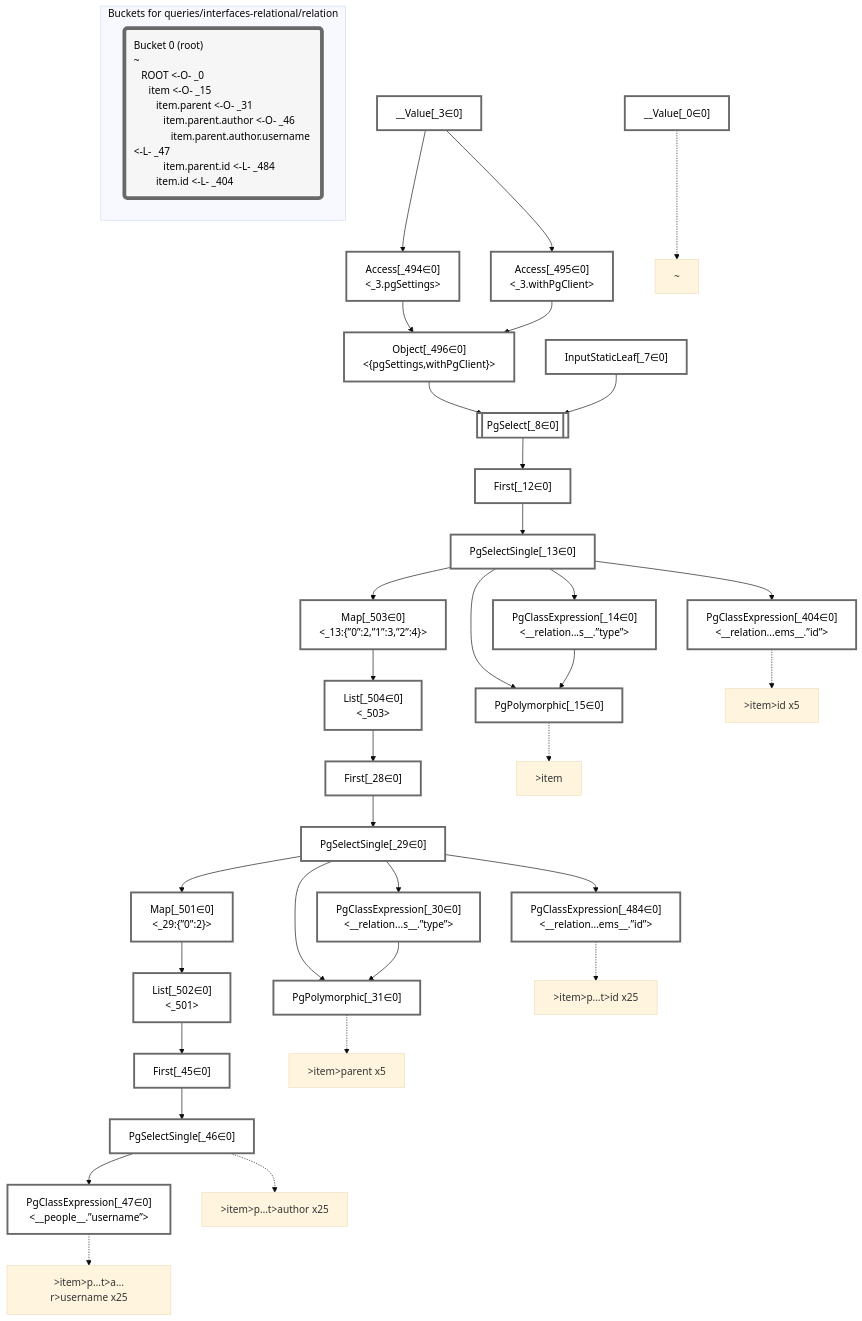
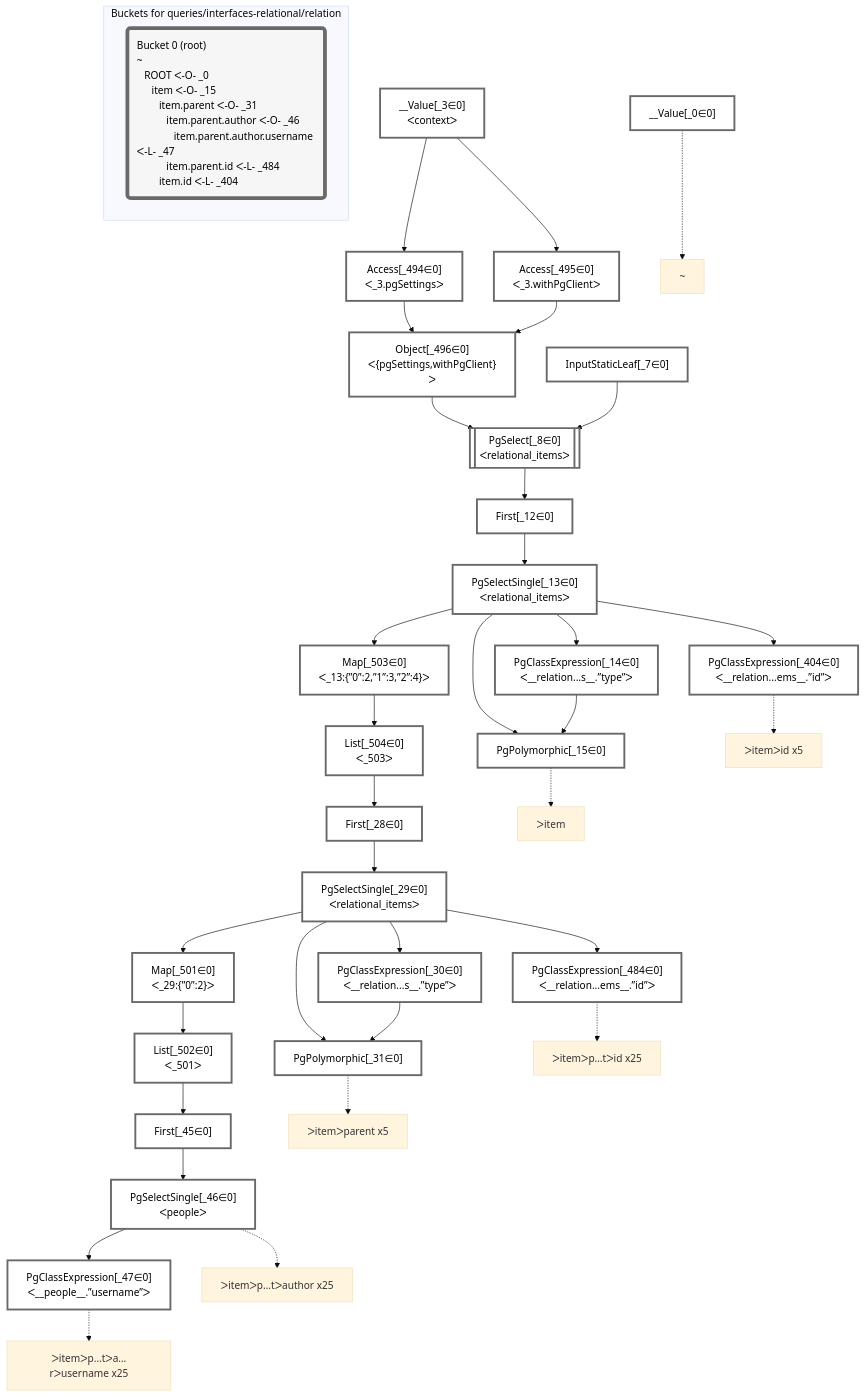
Before and after one commit to graphile/crystal: the diagram in packages/dataplan-pg/__tests__/queries/interfaces-relational/relation.mermaid.md, drawn with Mermaid (base theme). The commit also changed 195 other files, not shown here.

````diff
--- a/packages/dataplan-pg/__tests__/queries/interfaces-relational/relation.mermaid.md
+++ b/packages/dataplan-pg/__tests__/queries/interfaces-relational/relation.mermaid.md
@@ -9,29 +9,29 @@
 
     %% define plans
     __Value_0["__Value[_0∈0]"]:::plan
-    __Value_3["__Value[_3∈0]<br /><context>"]:::plan
+    __Value_3["__Value[_3∈0]<br />ᐸcontextᐳ"]:::plan
     InputStaticLeaf_7["InputStaticLeaf[_7∈0]"]:::plan
-    PgSelect_8[["PgSelect[_8∈0]<br /><relational_items>"]]:::plan
+    PgSelect_8[["PgSelect[_8∈0]<br />ᐸrelational_itemsᐳ"]]:::plan
     First_12["First[_12∈0]"]:::plan
-    PgSelectSingle_13["PgSelectSingle[_13∈0]<br /><relational_items>"]:::plan
-    PgClassExpression_14["PgClassExpression[_14∈0]<br /><__relation...s__.”type”>"]:::plan
+    PgSelectSingle_13["PgSelectSingle[_13∈0]<br />ᐸrelational_itemsᐳ"]:::plan
+    PgClassExpression_14["PgClassExpression[_14∈0]<br />ᐸ__relation...s__.”type”ᐳ"]:::plan
     PgPolymorphic_15["PgPolymorphic[_15∈0]"]:::plan
     First_28["First[_28∈0]"]:::plan
-    PgSelectSingle_29["PgSelectSingle[_29∈0]<br /><relational_items>"]:::plan
-    PgClassExpression_30["PgClassExpression[_30∈0]<br /><__relation...s__.”type”>"]:::plan
+    PgSelectSingle_29["PgSelectSingle[_29∈0]<br />ᐸrelational_itemsᐳ"]:::plan
+    PgClassExpression_30["PgClassExpression[_30∈0]<br />ᐸ__relation...s__.”type”ᐳ"]:::plan
     PgPolymorphic_31["PgPolymorphic[_31∈0]"]:::plan
     First_45["First[_45∈0]"]:::plan
-    PgSelectSingle_46["PgSelectSingle[_46∈0]<br /><people>"]:::plan
-    PgClassExpression_47["PgClassExpression[_47∈0]<br /><__people__.”username”>"]:::plan
-    PgClassExpression_404["PgClassExpression[_404∈0]<br /><__relation...ems__.”id”>"]:::plan
-    PgClassExpression_484["PgClassExpression[_484∈0]<br /><__relation...ems__.”id”>"]:::plan
-    Access_494["Access[_494∈0]<br /><_3.pgSettings>"]:::plan
-    Access_495["Access[_495∈0]<br /><_3.withPgClient>"]:::plan
-    Object_496["Object[_496∈0]<br /><{pgSettings,withPgClient}>"]:::plan
-    Map_501["Map[_501∈0]<br /><_29:{”0”:2}>"]:::plan
-    List_502["List[_502∈0]<br /><_501>"]:::plan
-    Map_503["Map[_503∈0]<br /><_13:{”0”:2,”1”:3,”2”:4}>"]:::plan
-    List_504["List[_504∈0]<br /><_503>"]:::plan
+    PgSelectSingle_46["PgSelectSingle[_46∈0]<br />ᐸpeopleᐳ"]:::plan
+    PgClassExpression_47["PgClassExpression[_47∈0]<br />ᐸ__people__.”username”ᐳ"]:::plan
+    PgClassExpression_404["PgClassExpression[_404∈0]<br />ᐸ__relation...ems__.”id”ᐳ"]:::plan
+    PgClassExpression_484["PgClassExpression[_484∈0]<br />ᐸ__relation...ems__.”id”ᐳ"]:::plan
+    Access_494["Access[_494∈0]<br />ᐸ_3.pgSettingsᐳ"]:::plan
+    Access_495["Access[_495∈0]<br />ᐸ_3.withPgClientᐳ"]:::plan
+    Object_496["Object[_496∈0]<br />ᐸ{pgSettings,withPgClient}ᐳ"]:::plan
+    Map_501["Map[_501∈0]<br />ᐸ_29:{”0”:2}ᐳ"]:::plan
+    List_502["List[_502∈0]<br />ᐸ_501ᐳ"]:::plan
+    Map_503["Map[_503∈0]<br />ᐸ_13:{”0”:2,”1”:3,”2”:4}ᐳ"]:::plan
+    List_504["List[_504∈0]<br />ᐸ_503ᐳ"]:::plan
 
     %% plan dependencies
     Object_496 --> PgSelect_8
@@ -63,17 +63,17 @@
     %% plan-to-path relationships
     P_0["~"]
     __Value_0 -.-> P_0
-    P_15[">item"]
+    P_15["ᐳitem"]
     PgPolymorphic_15 -.-> P_15
-    P_31[">item>parent x5"]
+    P_31["ᐳitemᐳparent x5"]
     PgPolymorphic_31 -.-> P_31
-    P_46[">item>p…t>author x25"]
+    P_46["ᐳitemᐳp…tᐳauthor x25"]
     PgSelectSingle_46 -.-> P_46
-    P_47[">item>p…t>a…r>username x25"]
+    P_47["ᐳitemᐳp…tᐳa…rᐳusername x25"]
     PgClassExpression_47 -.-> P_47
-    P_404[">item>id x5"]
+    P_404["ᐳitemᐳid x5"]
     PgClassExpression_404 -.-> P_404
-    P_484[">item>p…t>id x25"]
+    P_484["ᐳitemᐳp…tᐳid x25"]
     PgClassExpression_484 -.-> P_484
 
     %% allocate buckets
@@ -81,7 +81,7 @@
     class __Value_0,__Value_3,InputStaticLeaf_7,PgSelect_8,First_12,PgSelectSingle_13,PgClassExpression_14,PgPolymorphic_15,First_28,PgSelectSingle_29,PgClassExpression_30,PgPolymorphic_31,First_45,PgSelectSingle_46,PgClassExpression_47,PgClassExpression_404,PgClassExpression_484,Access_494,Access_495,Object_496,Map_501,List_502,Map_503,List_504 bucket0
 
     subgraph "Buckets for queries/interfaces-relational/relation"
-    Bucket0("Bucket 0 (root)<br />~<br />⠀ROOT <-O- _0<br />⠀⠀item <-O- _15<br />⠀⠀⠀item.parent <-O- _31<br />⠀⠀⠀⠀item.parent.author <-O- _46<br />⠀⠀⠀⠀⠀item.parent.author.username <-L- _47<br />⠀⠀⠀⠀item.parent.id <-L- _484<br />⠀⠀⠀item.id <-L- _404"):::bucket
+    Bucket0("Bucket 0 (root)<br />~<br />⠀ROOT ᐸ-O- _0<br />⠀⠀item ᐸ-O- _15<br />⠀⠀⠀item.parent ᐸ-O- _31<br />⠀⠀⠀⠀item.parent.author ᐸ-O- _46<br />⠀⠀⠀⠀⠀item.parent.author.username ᐸ-L- _47<br />⠀⠀⠀⠀item.parent.id ᐸ-L- _484<br />⠀⠀⠀item.id ᐸ-L- _404"):::bucket
     style Bucket0 stroke:#696969
     end
 ```
````
